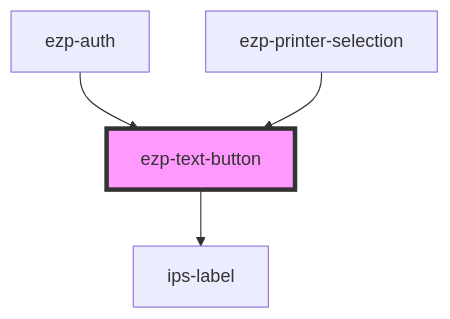
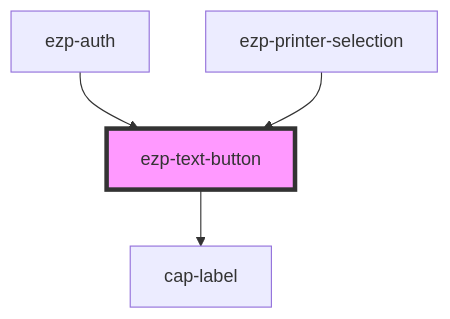
One commit to ezeep/ezeep-js changed the diagram in src/components/ezp-text-button/readme.md. Above: the diagram before and after it, drawn with Mermaid. The commit also changed other lines of this file and 25 other files, not shown here.

````diff
--- a/src/components/ezp-text-button/readme.md
+++ b/src/components/ezp-text-button/readme.md
@@ -44,7 +42,7 @@
 ```mermaid
 graph TD;
-  ezp-text-button --> ips-label
+  ezp-text-button --> cap-label
   ezp-auth --> ezp-text-button
   ezp-printer-selection --> ezp-text-button
   style ezp-text-button fill:#f9f,stroke:#333,stroke-width:4px
 ```
````
